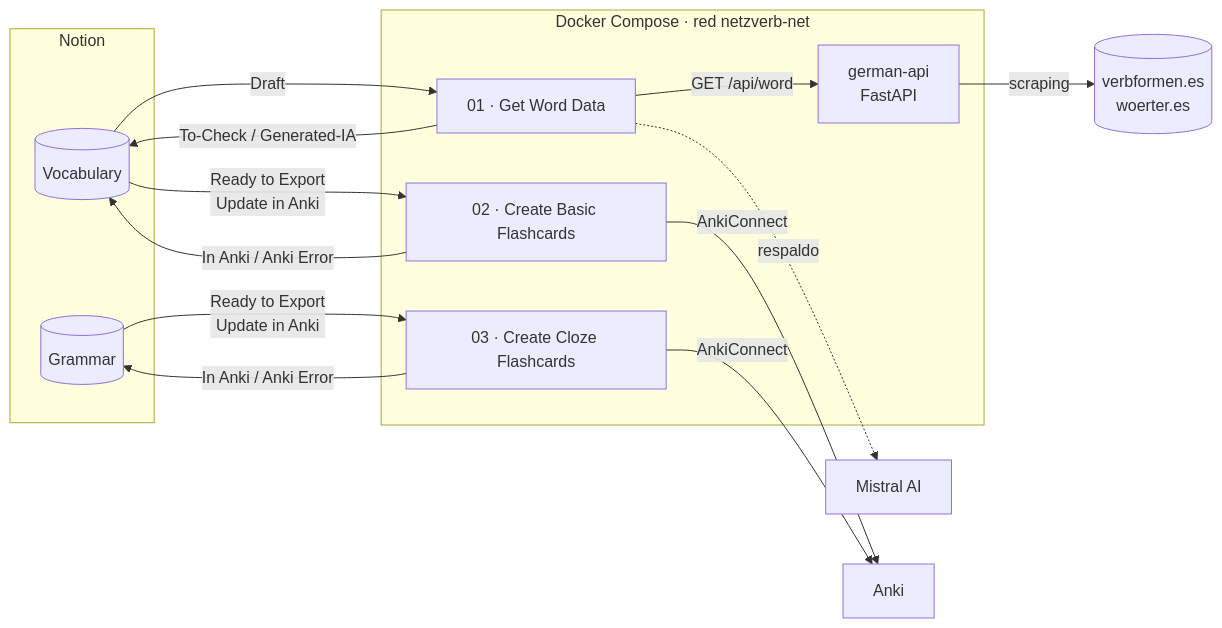
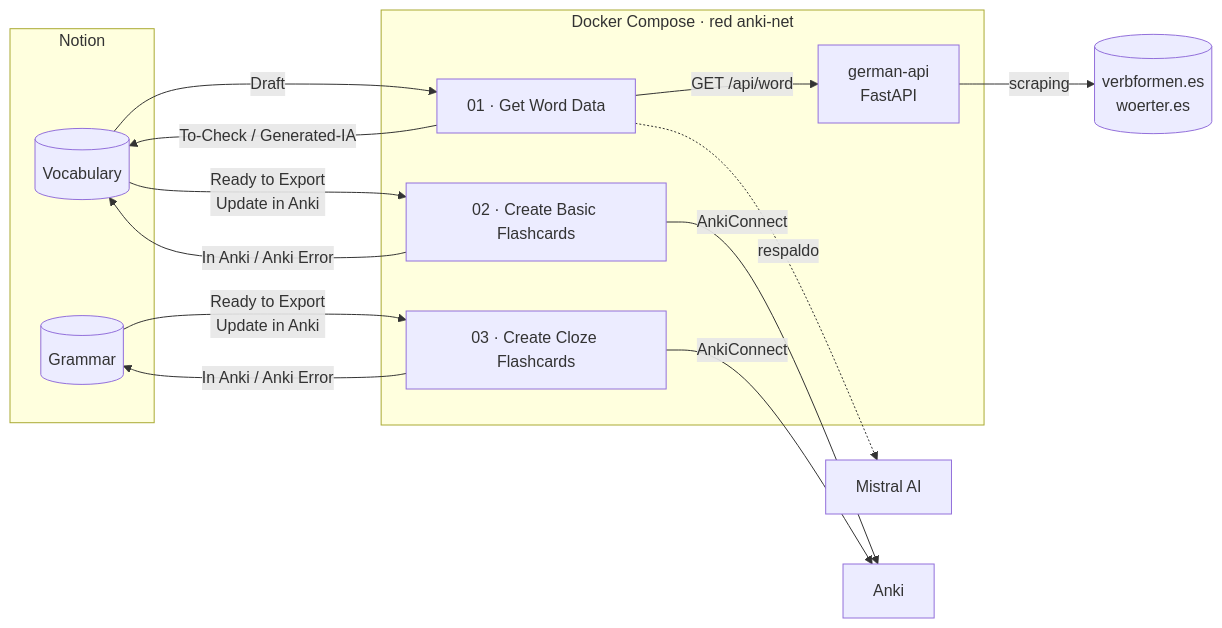
Before and after one commit to yoltzinbur/anki-pipeline: the first of 2 diagrams in README.md, drawn with Mermaid. The commit also changed other lines of this file and 3 other files, not shown here.

````diff
--- a/README.md
+++ b/README.md
@@ -23,26 +23,26 @@
 ```mermaid
 flowchart LR
     subgraph Notion
         VOC[(Vocabulary)]
         GRA[(Grammar)]
     end
 
-    subgraph Docker["Docker Compose · red netzverb-net"]
+    subgraph Docker["Docker Compose · red anki-net"]
         W1[01 · Get Word Data]
         W2[02 · Create Basic Flashcards]
         W3[03 · Create Cloze Flashcards]
         API[german-api<br/>FastAPI]
     end
 
     VOC -- Draft --> W1
     W1 -- "GET /api/word" --> API
     API -- scraping --> SRC[(verbformen.es<br/>woerter.es)]
     W1 -. respaldo .-> LLM[Mistral AI]
     W1 -- "To-Check / Generated-IA" --> VOC
 
     VOC -- "Ready to Export<br/>Update in Anki" --> W2
     GRA -- "Ready to Export<br/>Update in Anki" --> W3
     W2 & W3 -- AnkiConnect --> ANKI[Anki]
     W2 -- "In Anki / Anki Error" --> VOC
     W3 -- "In Anki / Anki Error" --> GRA
 ```
````
